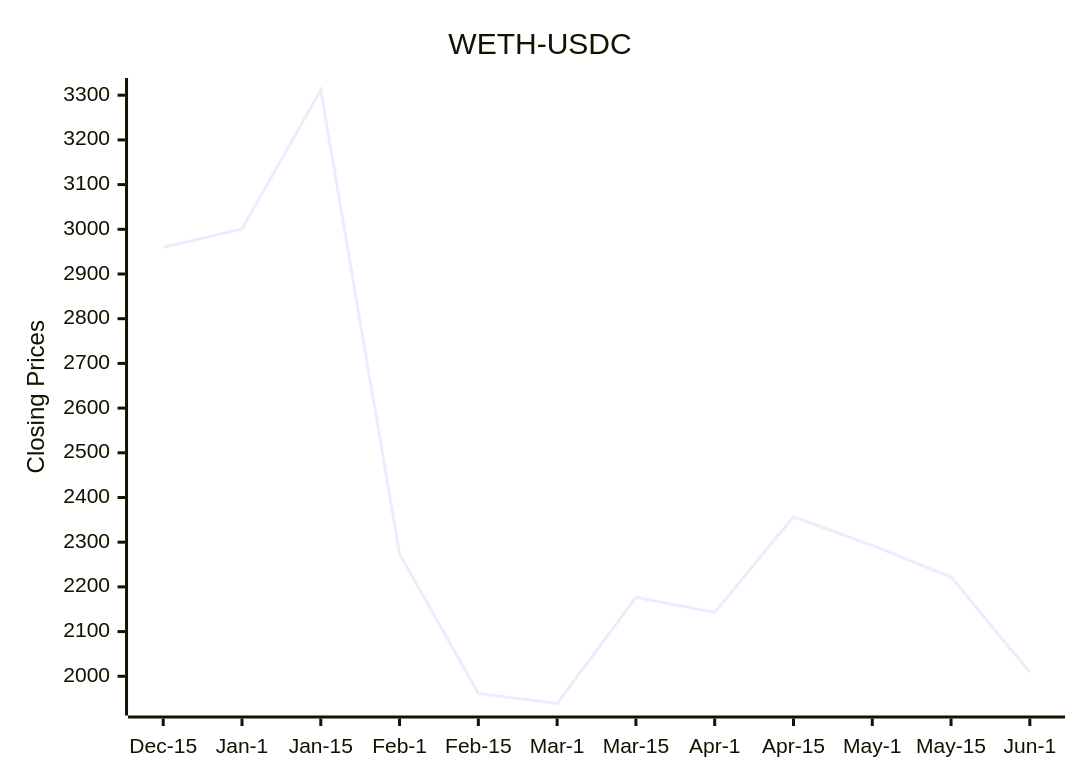
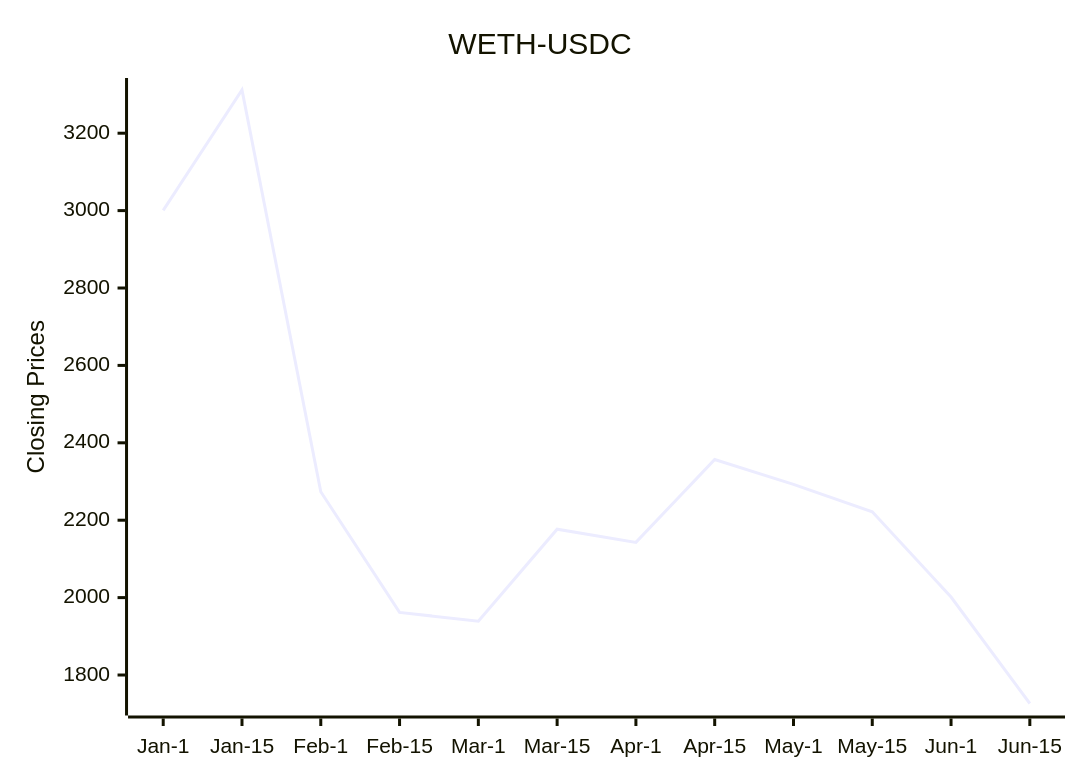
One commit to bicced/ReadmeCryptoPriceChart changed the diagram in README.md. Above: the diagram before and after it, drawn with Mermaid.

Commit message:
Update README with latest DEX data

````diff
--- a/README.md
+++ b/README.md
@@ -6,7 +6,7 @@
 ```mermaid
 xychart-beta
   title "WETH-USDC"
-  x-axis [Dec-15,Jan-1,Jan-15,Feb-1,Feb-15,Mar-1,Mar-15,Apr-1,Apr-15,May-1,May-15,Jun-1]
-  y-axis "Closing Prices" 1939.10322356354 --> 3311.65440575894
-  line [2959.74010356289,3000.67820680034,3311.65440575894,2273.66104115322,1961.76630440433,1939.10322356354,2176.74756246377,2142.76888865301,2356.96568036046,2292.65162475032,2221.95469456272,2009.13261207664]
+  x-axis [Jan-1,Jan-15,Feb-1,Feb-15,Mar-1,Mar-15,Apr-1,Apr-15,May-1,May-15,Jun-1,Jun-15]
+  y-axis "Closing Prices" 1726.3848554627 --> 3311.65440575894
+  line [3000.67820680034,3311.65440575894,2273.66104115322,1961.76630440433,1939.10322356354,2176.74756246377,2142.76888865301,2356.96568036046,2292.65162475032,2221.95469456272,2001.52516545443,1726.3848554627]
 ```
````
